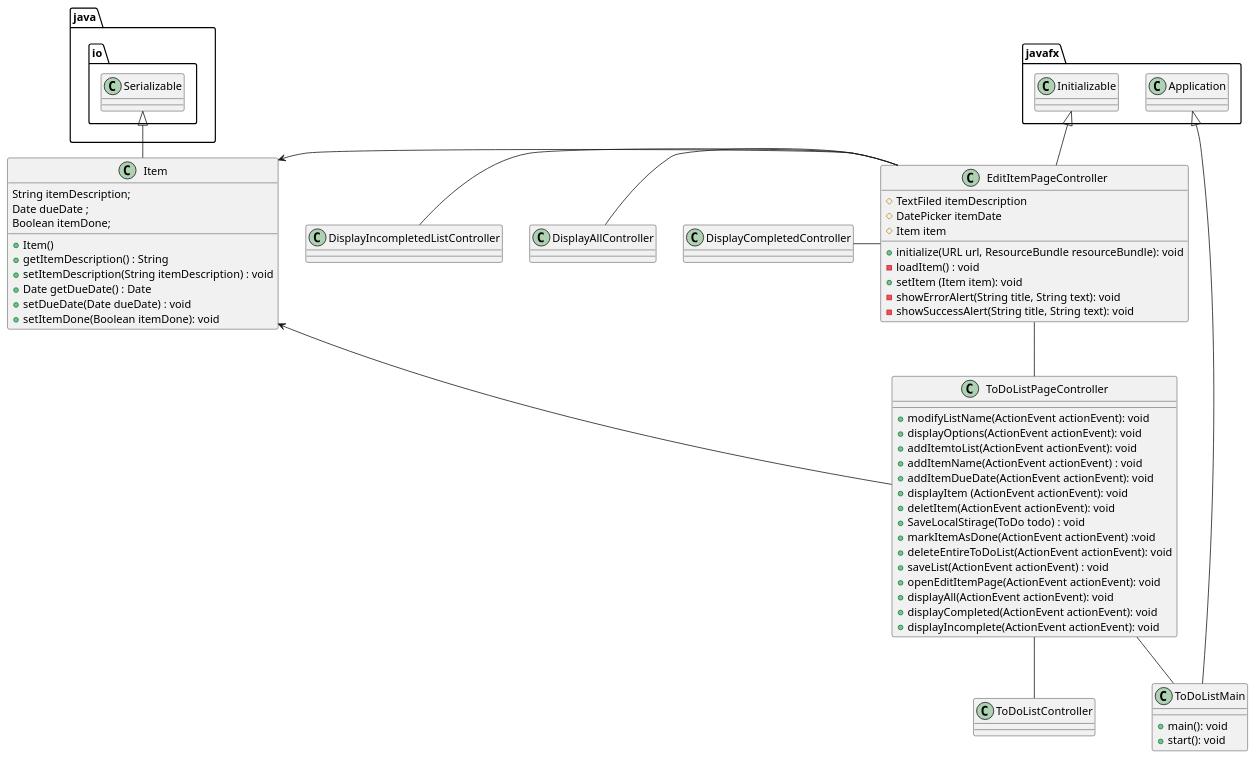
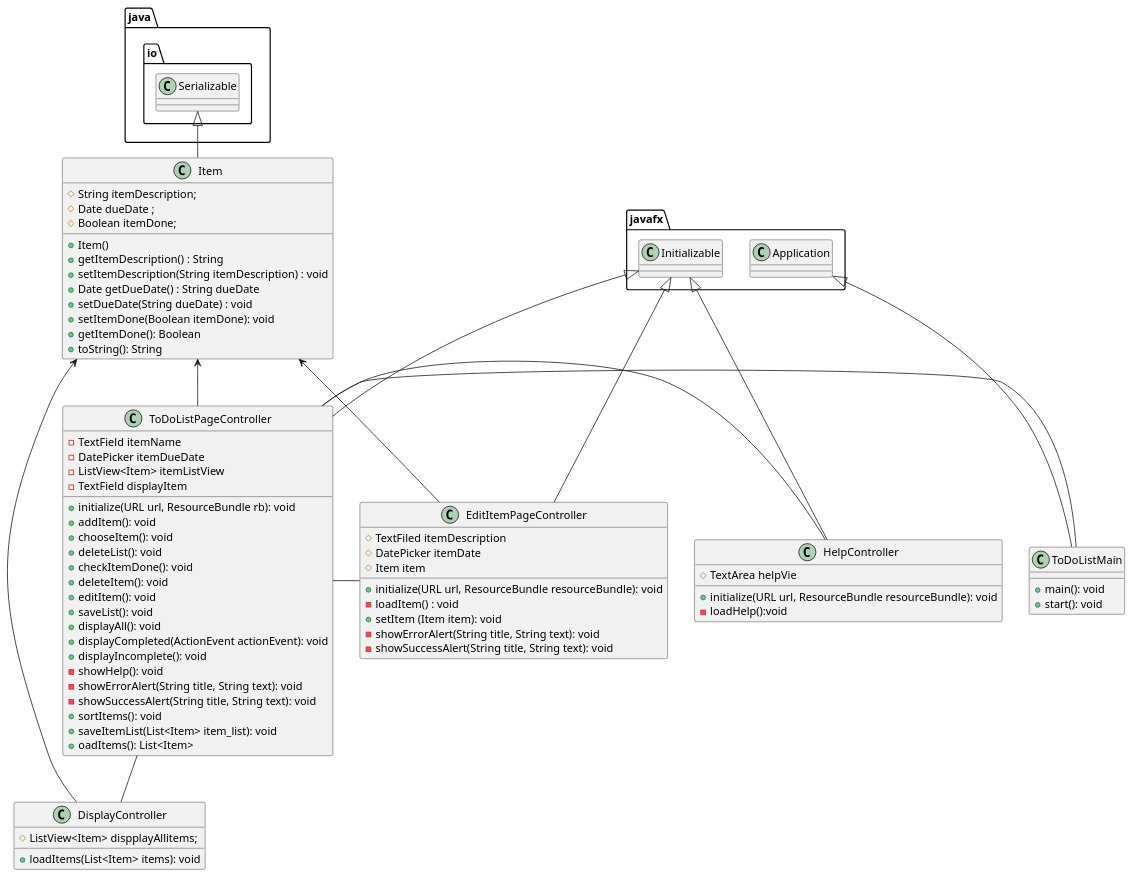
The diagram in UML/ToDoListApp.puml (SaharaSheik/Sheikholeslami-Do-To-List-App), drawn with PlantUML before and after one commit. The commit also changed 2 other files, not shown here.

Commit message:
UML done

```diff
--- a/UML/ToDoListApp.puml
+++ b/UML/ToDoListApp.puml
@@ -1,75 +1,95 @@
 @startuml
 'https://plantuml.com/sequence-diagram
 
 class ToDoListMain{
    + main(): void
    + start(): void
 }
 
 class Item{
- String itemDescription;
- Date dueDate ;
- Boolean itemDone;
+ #String itemDescription;
+ #Date dueDate ;
+ #Boolean itemDone;
 
 +Item()
- + getItemDescription() : String
- + setItemDescription(String itemDescription) : void
- +Date getDueDate() : Date
- + setDueDate(Date dueDate) : void
- + setItemDone(Boolean itemDone): void
++ getItemDescription() : String
++ setItemDescription(String itemDescription) : void
++ Date getDueDate() : String dueDate
++ setDueDate(String dueDate) : void
++ setItemDone(Boolean itemDone): void
++ getItemDone(): Boolean
++ toString(): String
+}
+
+
+class ToDoListPageController {
+-TextField itemName
+-DatePicker itemDueDate
+-ListView<Item> itemListView
+-TextField displayItem
+
++initialize(URL url, ResourceBundle rb): void
++addItem(): void
++chooseItem(): void
++deleteList(): void
++checkItemDone(): void
++deleteItem(): void
++editItem(): void
++saveList(): void
++displayAll(): void
++displayCompleted(ActionEvent actionEvent): void
++displayIncomplete(): void
+-showHelp(): void
+-showErrorAlert(String title, String text): void
+-showSuccessAlert(String title, String text): void
++sortItems(): void
++saveItemList(List<Item> item_list): void
++oadItems(): List<Item>
+
 
 }
+
 
 class EditItemPageController {
 
 #TextFiled itemDescription
 #DatePicker itemDate
 #Item item
 +initialize(URL url, ResourceBundle resourceBundle): void
 -loadItem() : void
 +setItem (Item item): void
 -showErrorAlert(String title, String text): void
 -showSuccessAlert(String title, String text): void
 
 }
 
+class DisplayController {
+
+#ListView<Item> dispplayAllitems;
++loadItems(List<Item> items): void
+
+}
+class HelpController{
+#TextArea helpVie
++initialize(URL url, ResourceBundle resourceBundle): void
+-loadHelp():void
+}
 
 
 
-
-
-class ToDoListPageController {
-+ modifyListName(ActionEvent actionEvent): void
-+ displayOptions(ActionEvent actionEvent): void
-+ addItemtoList(ActionEvent actionEvent): void
-+ addItemName(ActionEvent actionEvent) : void
-+ addItemDueDate(ActionEvent actionEvent): void
-+ displayItem (ActionEvent actionEvent): void
-+  deletItem(ActionEvent actionEvent): void
-+ SaveLocalStirage(ToDo todo) : void
-+ markItemAsDone(ActionEvent actionEvent) :void
-+ deleteEntireToDoList(ActionEvent actionEvent): void
-+ saveList(ActionEvent actionEvent) : void
-+ openEditItemPage(ActionEvent actionEvent): void
-+  displayAll(ActionEvent actionEvent): void
-+ displayCompleted(ActionEvent actionEvent): void
-+ displayIncomplete(ActionEvent actionEvent): void
+javafx.Application <|-- ToDoListMain
+java.io.Serializable<|--Item
+javafx.Initializable<|--ToDoListPageController
+javafx.Initializable<|-EditItemPageController
+javafx.Initializable<|--HelpController
+ToDoListPageController - ToDoListMain
+Item<-EditItemPageController
+Item<--ToDoListPageController
+ToDoListPageController-EditItemPageController
+ToDoListPageController-- DisplayController
+Item<- DisplayController
+ToDoListPageController-HelpController
 
 
 
-}
-
-javafx.Application <|-- ToDoListMain
-java.io.Serializable<|--Item
-javafx.Initializable<|--EditItemPageController
-ToDoListPageController -- ToDoListMain
-Item<-EditItemPageController
-Item<-ToDoListPageController
-
-DisplayAllController - EditItemPageController
-DisplayCompletedController - EditItemPageController
-DisplayIncompletedListController - EditItemPageController
-EditItemPageController -- ToDoListPageController
-ToDoListPageController -- ToDoListController
-
 @enduml
```
